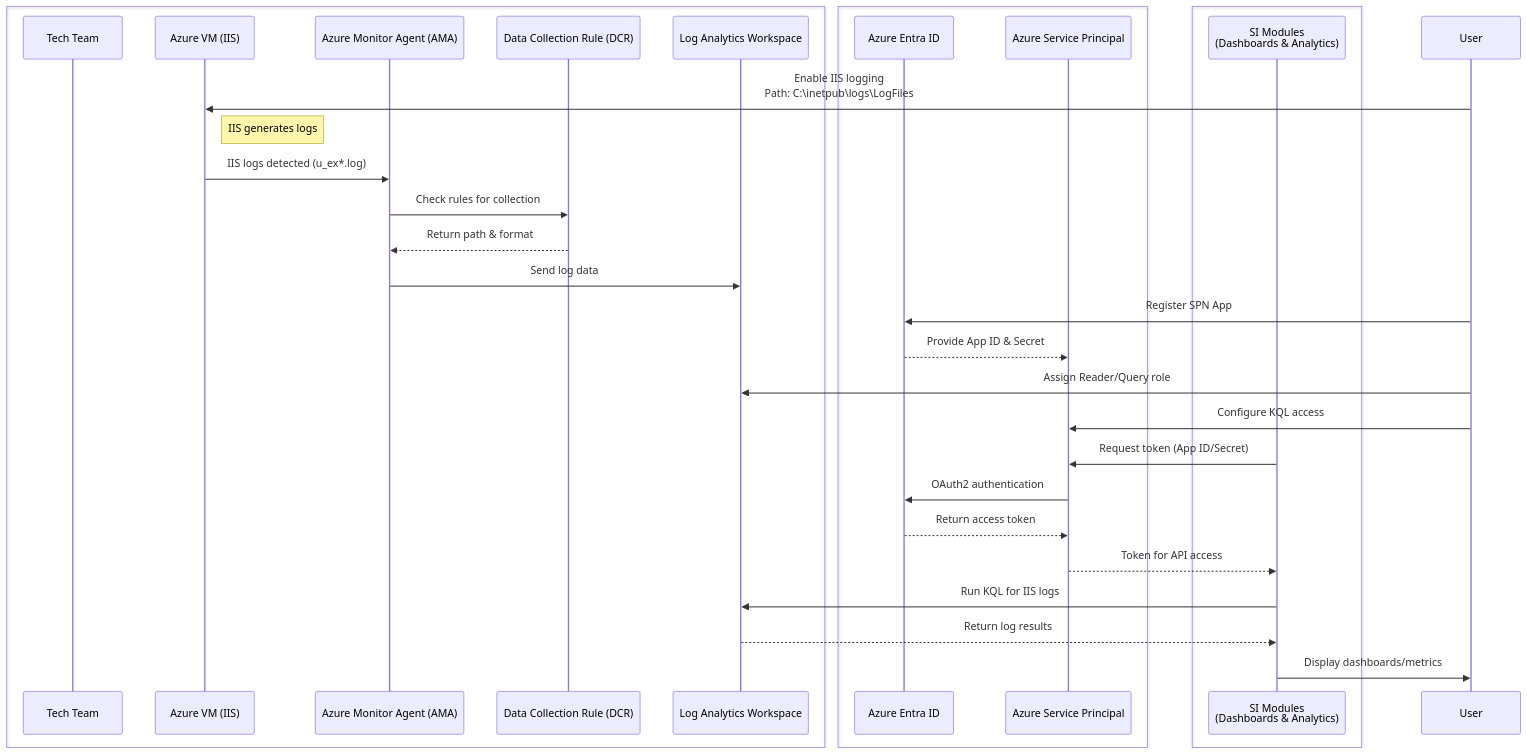
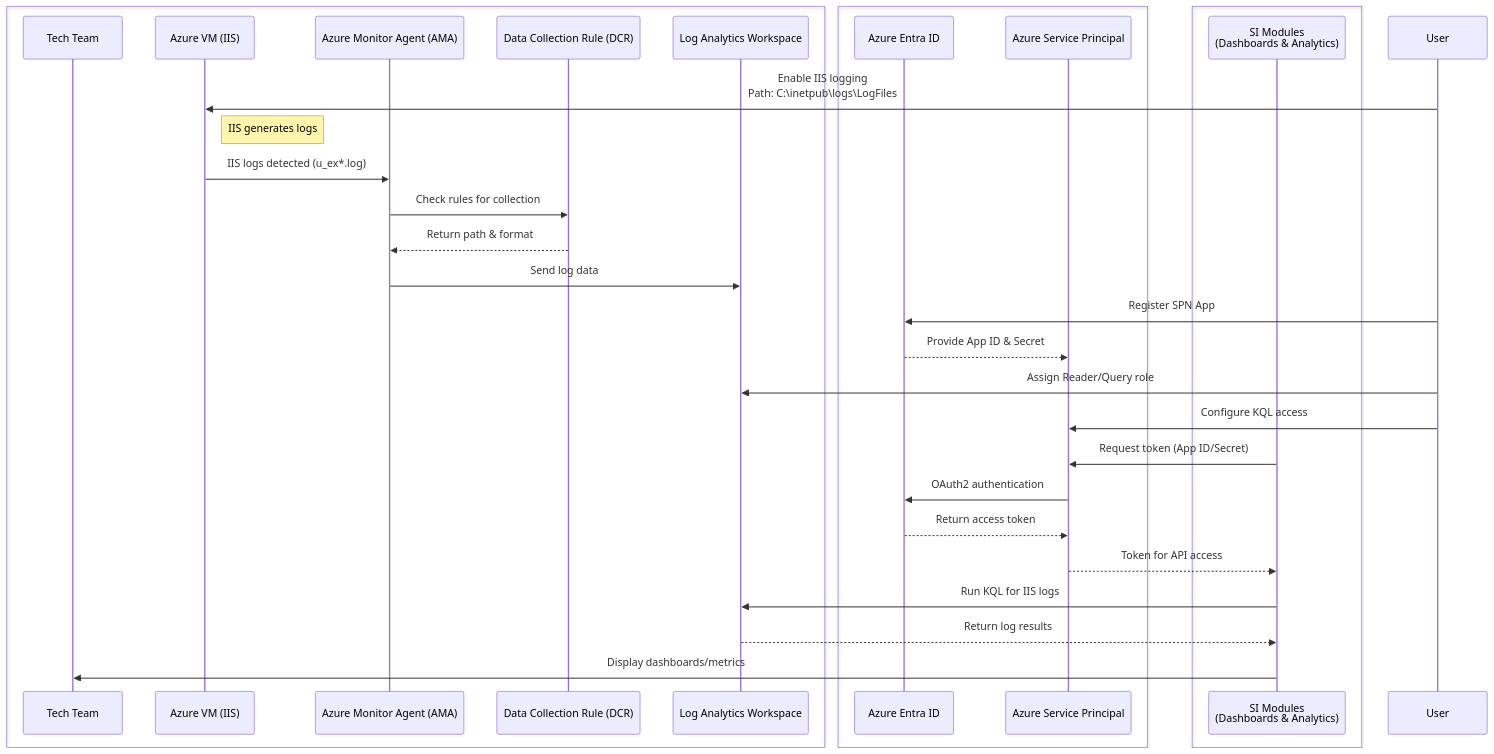
One commit to oigbokwe73/Azure-Policy-On-Resource-Group changed the diagram in README.md. Above: the diagram before and after it, drawn with Mermaid.

````diff
--- a/README.md
+++ b/README.md
@@ -14,51 +14,51 @@
 ```mermaid
 sequenceDiagram
     %% === MES Modules (Green) ===
     box #e8f5e9:MES Modules Layer
         participant Tech Team
         participant VM as Azure VM (IIS)
         participant AMA as Azure Monitor Agent (AMA)
         participant DCR as Data Collection Rule (DCR)
         participant LAW as Log Analytics Workspace
     end
 
     %% === MES Modules (Blue) ===
     box #e3f2fd:MES Modules Layer
         participant Entra as Azure Entra ID
         participant SPN as Azure Service Principal
     end
 
     %% === SI Modules (Yellow) ===
     box #fffde7:Visualization Layer (SI Modules)
         participant SI as SI Modules<br/>(Dashboards & Analytics)
     end
 
     %% Step 1: IIS logging setup
     User->>VM: Enable IIS logging<br/>Path: C:\inetpub\logs\LogFiles
     Note right of VM: IIS generates logs
 
     %% Step 2: Log collection via AMA
     VM->>AMA: IIS logs detected (u_ex*.log)
     AMA->>DCR: Check rules for collection
     DCR-->>AMA: Return path & format
     AMA->>LAW: Send log data
 
     %% Step 3: Register Azure SPN
     User->>Entra: Register SPN App
     Entra-->>SPN: Provide App ID & Secret
 
     %% Step 4: Assign access to LAW
     User->>LAW: Assign Reader/Query role
     User->>SPN: Configure KQL access
 
     %% Step 5: Authenticate SI
     SI->>SPN: Request token (App ID/Secret)
     SPN->>Entra: OAuth2 authentication
     Entra-->>SPN: Return access token
     SPN-->>SI: Token for API access
 
     %% Step 6: Query and Visualize
     SI->>LAW: Run KQL for IIS logs
     LAW-->>SI: Return log results
-    SI->>User: Display dashboards/metrics
+    SI->>Tech Team: Display dashboards/metrics
 ```
````
